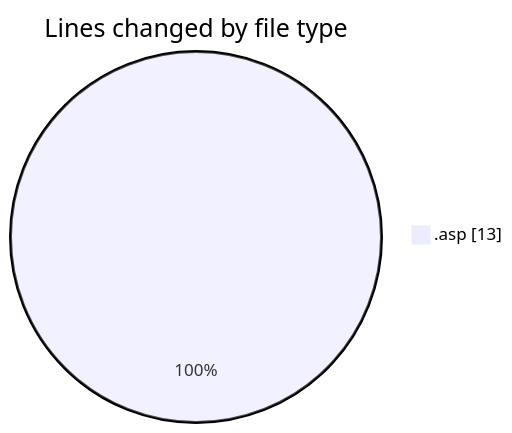
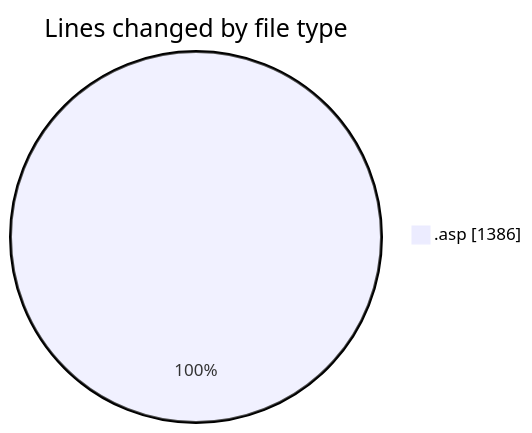
Before and after one commit to julien-gomy/code-tracking: the first of 2 diagrams in 2025-11-23/cdp_aleoudev_fr__workspace_/README.md, drawn with Mermaid. The commit also changed other lines of this file and 1 other file, not shown here.

````diff
--- a/2025-11-23/cdp_aleoudev_fr__workspace_/README.md
+++ b/2025-11-23/cdp_aleoudev_fr__workspace_/README.md
@@ -21,5 +22,5 @@
 ```mermaid
 pie showData
 title Lines changed by file type
-".asp" : 13
+".asp" : 1386
 ```
````
